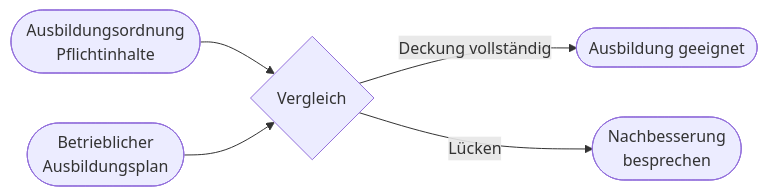
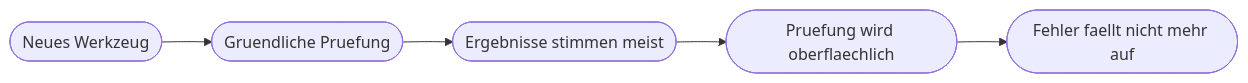
Before and after one commit to Qualidy/KI-Engineering-KI-Agenten-und-Workflow-Automatisierung: the diagram in docs/content/kapitel3.md, drawn with Mermaid. The commit also changed other lines of this file and 297 other files, not shown here.

````diff
--- a/docs/content/kapitel3.md
+++ b/docs/content/kapitel3.md
@@ -85,7 +99,7 @@
 ```mermaid
 flowchart LR
-    AO([Ausbildungsordnung\nPflichtinhalte]) --> V{Vergleich}
-    BAP([Betrieblicher\nAusbildungsplan]) --> V
-    V -->|Deckung vollständig| OK([Ausbildung geeignet])
-    V -->|Lücken| N([Nachbesserung\nbesprechen])
+    A([Neues Werkzeug]) --> B([Gruendliche Pruefung])
+    B --> C([Ergebnisse stimmen meist])
+    C --> D([Pruefung wird oberflaechlich])
+    D --> E([Fehler faellt nicht mehr auf])
 ```
````
